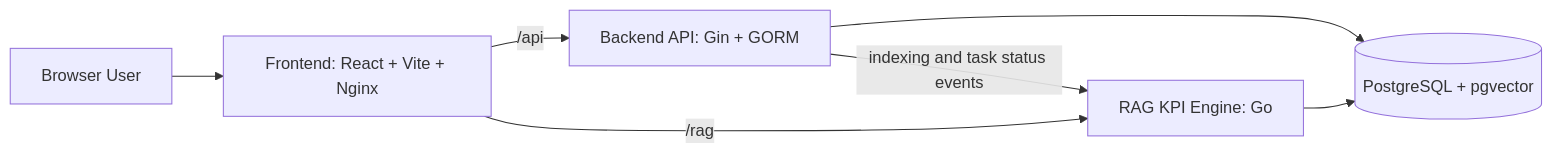
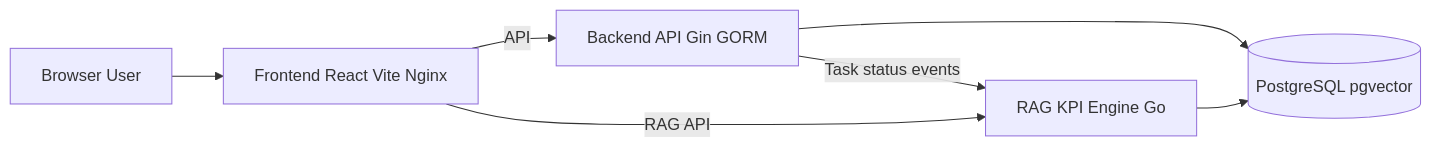
The first of 7 diagrams in README.md (NuhashMaq/Vivasoft-OMS-Project), drawn with Mermaid before and after one commit. The commit also changed other lines of this file, not shown here.

Commit message:
docs: make mermaid diagrams renderer-compatible

````diff
--- a/README.md
+++ b/README.md
@@ -65,9 +65,9 @@
 ```mermaid
-flowchart LR
-   U[Browser User] --> FE[Frontend: React + Vite + Nginx]
-   FE -->|/api| BE[Backend API: Gin + GORM]
-   FE -->|/rag| RAG[RAG KPI Engine: Go]
-   BE --> DB[(PostgreSQL + pgvector)]
+graph LR
+   U[Browser User] --> FE[Frontend React Vite Nginx]
+   FE -->|API| BE[Backend API Gin GORM]
+   FE -->|RAG API| RAG[RAG KPI Engine Go]
+   BE --> DB[(PostgreSQL pgvector)]
    RAG --> DB
-   BE -->|indexing and task status events| RAG
+   BE -->|Task status events| RAG
 ```
````
